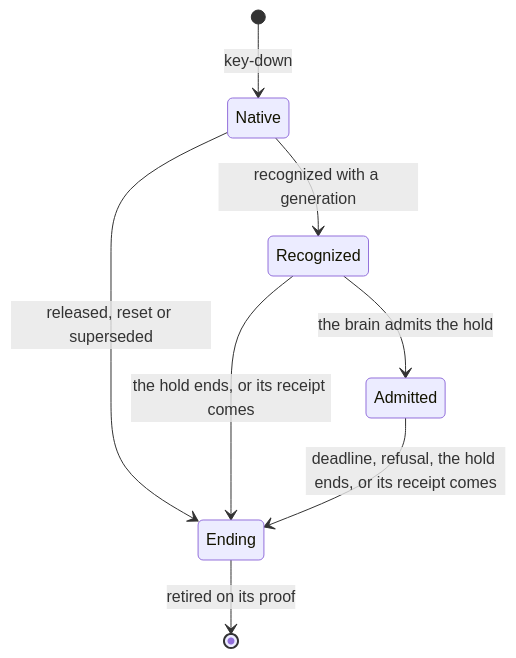
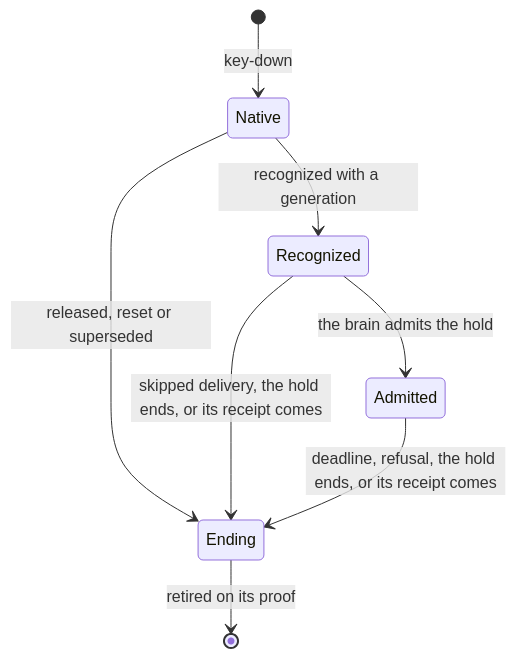
Before and after one commit to labcoder/capsula: diagram 11 of 12 in docs/development/voice.md, drawn with Mermaid. The commit also changed other lines of this file and 2 other files, not shown here.

Commit message:
fix(input): retire skipped capture recognition through its owner

````diff
--- a/docs/development/voice.md
+++ b/docs/development/voice.md
@@ -970,10 +972,10 @@
 ```mermaid
 stateDiagram-v2
     [*] --> Native: key-down
     Native --> Recognized: recognized with a generation
     Native --> Ending: released, reset or superseded
     Recognized --> Admitted: the brain admits the hold
-    Recognized --> Ending: the hold ends, or its receipt comes
+    Recognized --> Ending: skipped delivery, the hold ends, or its receipt comes
     Admitted --> Ending: deadline, refusal, the hold ends, or its receipt comes
     Ending --> [*]: retired on its proof
 ```
````
